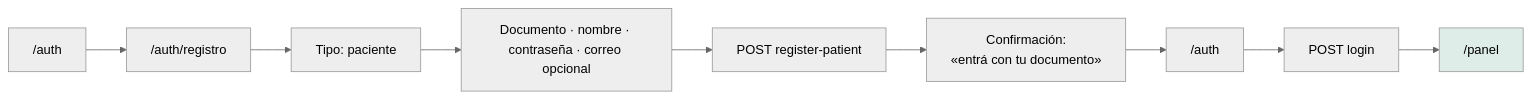
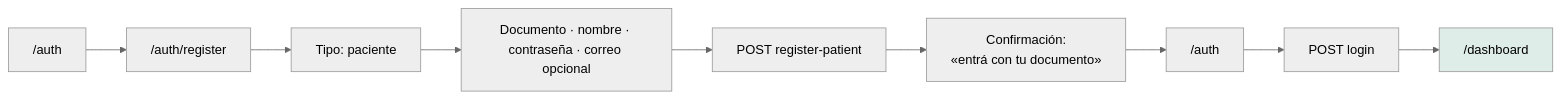
One commit to mdavila-2001/mantra-core-health changed the first of 4 diagrams in docs/business/user-journeys.md. Above: the diagram before and after it, drawn with Mermaid (neutral theme). The commit also changed other lines of this file and 234 other files, not shown here.

````diff
--- a/docs/business/user-journeys.md
+++ b/docs/business/user-journeys.md
@@ -12,12 +12,12 @@
 ```mermaid
 graph LR
-  A["/auth"] --> B["/auth/registro"]
+  A["/auth"] --> B["/auth/register"]
   B --> C["Tipo: paciente"]
   C --> D["Documento · nombre · contraseña · correo opcional"]
   D --> E["POST register-patient"]
   E --> F["Confirmación:<br/>«entrá con tu documento»"]
   F --> G["/auth"]
   G --> H["POST login"]
-  H --> I["/panel"]
+  H --> I["/dashboard"]
   style I fill:#DFEDE9,color:#000
 ```
````
